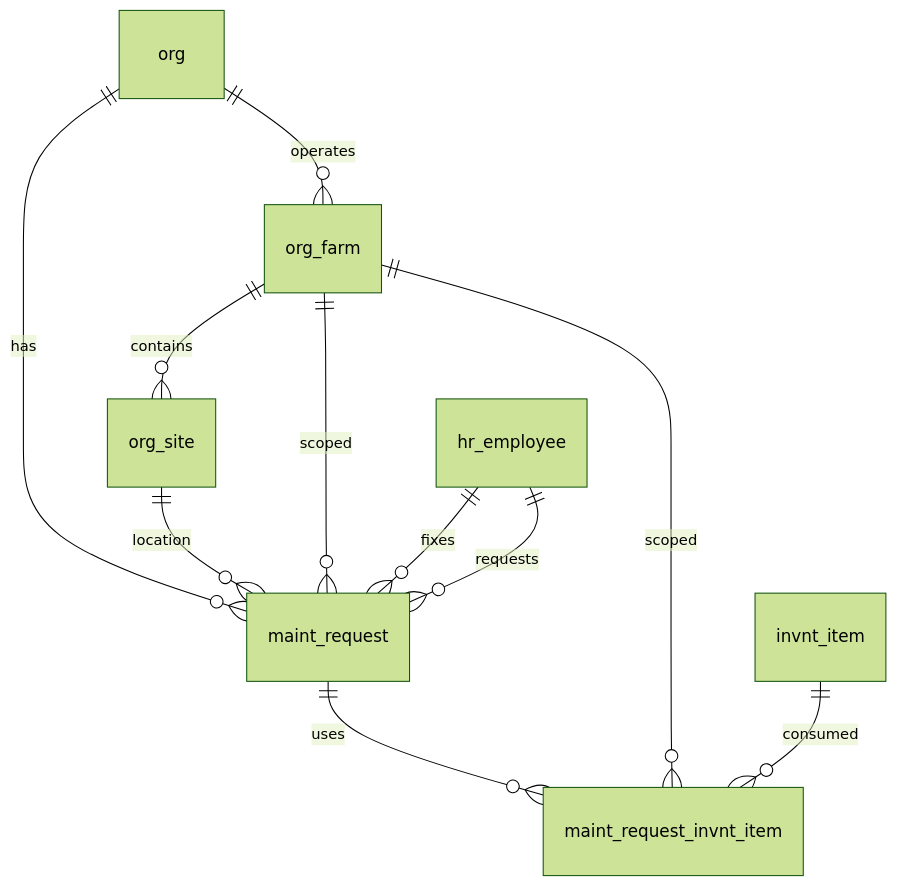
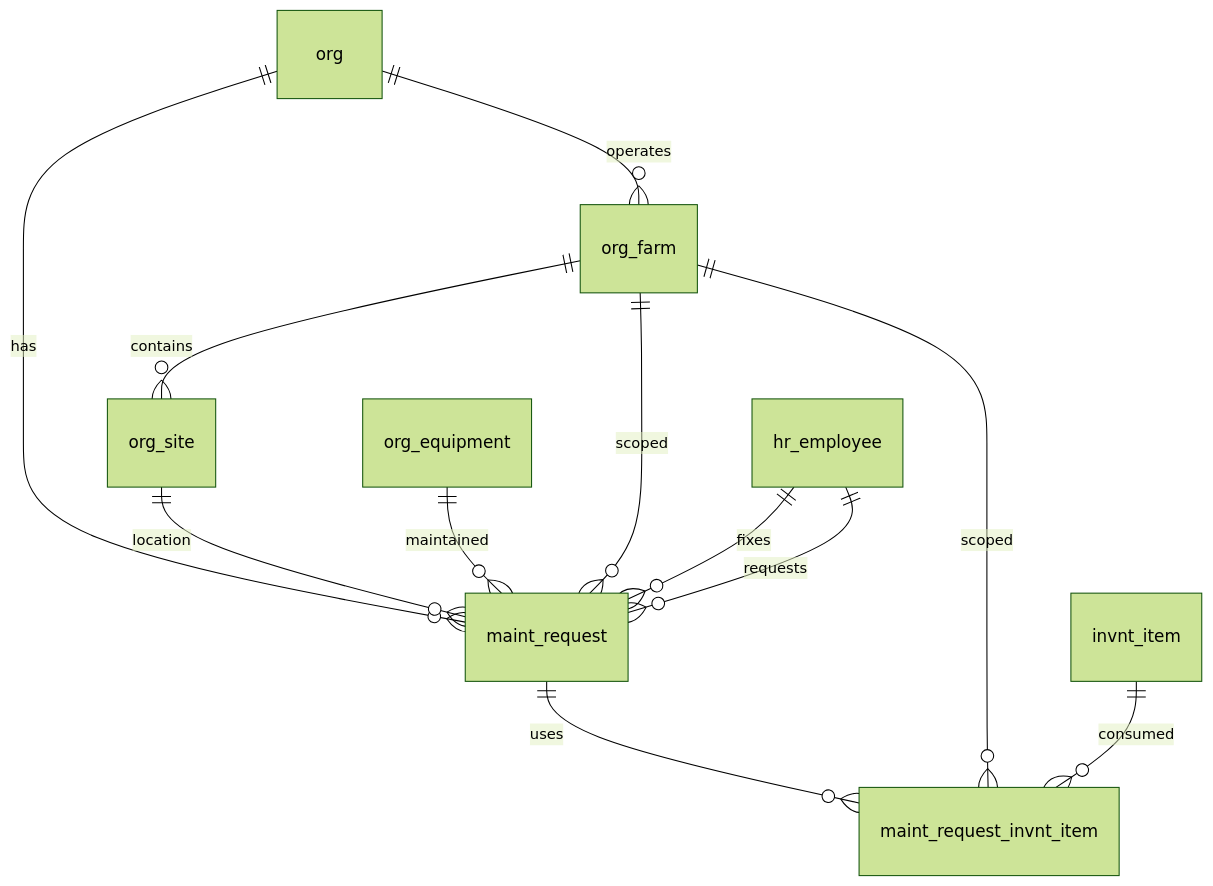
The diagram in docs/schemas/20260327_09_maint.md (Hawaii-Farming/aloha-app), drawn with Mermaid (forest theme) before and after one commit. The commit also changed other lines of this file and 14 other files, not shown here.

First line of the commit message:
Add maint_request_photo, remove JSONB photos and is_preventive_maintenance from maint_request

````diff
--- a/docs/schemas/20260327_09_maint.md
+++ b/docs/schemas/20260327_09_maint.md
@@ -9,13 +9,14 @@
 ```mermaid
 erDiagram
     org ||--o{ org_farm : operates
     org ||--o{ maint_request : has
     org_farm ||--o{ org_site : contains
     org_site ||--o{ maint_request : location
+    org_equipment ||--o{ maint_request : maintained
     org_farm ||--o{ maint_request : scoped
     hr_employee ||--o{ maint_request : fixes
     hr_employee ||--o{ maint_request : requests
     maint_request ||--o{ maint_request_invnt_item : uses
     org_farm ||--o{ maint_request_invnt_item : scoped
     invnt_item ||--o{ maint_request_invnt_item : consumed
 ```
````
